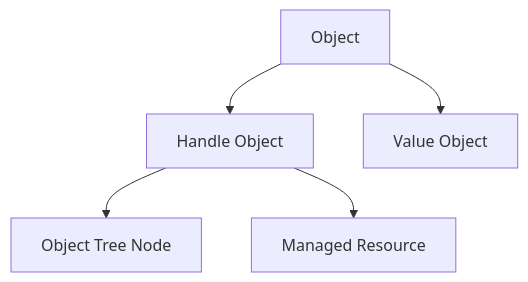
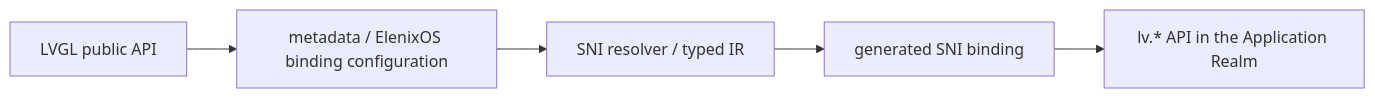
Before and after one commit to ElenixOS/ElenixOS-Docs: the second of 2 diagrams in i18n/en/docusaurus-plugin-content-docs/current/architecture/script_engine/sni/sni.mdx, drawn with Mermaid. The commit also changed other lines of this file and 141 other files, not shown here.

````diff
--- a/i18n/en/docusaurus-plugin-content-docs/current/architecture/script_engine/sni/sni.mdx
+++ b/i18n/en/docusaurus-plugin-content-docs/current/architecture/script_engine/sni/sni.mdx
@@ -23,7 +43,7 @@
 ```mermaid
-flowchart TD
-Object-->HandleObject["Handle Object"]
-Object-->ValueObject["Value Object"]
-HandleObject-->ObjectTreeNode["Object Tree Node"]
-HandleObject-->ManagedResource["Managed Resource"]
+flowchart LR
+    LVGL["LVGL public API"] --> Metadata["metadata / ElenixOS binding configuration"]
+    Metadata --> Resolver["SNI resolver / typed IR"]
+    Resolver --> Binding["generated SNI binding"]
+    Binding --> API["lv.* API in the Application Realm"]
 ```
````
